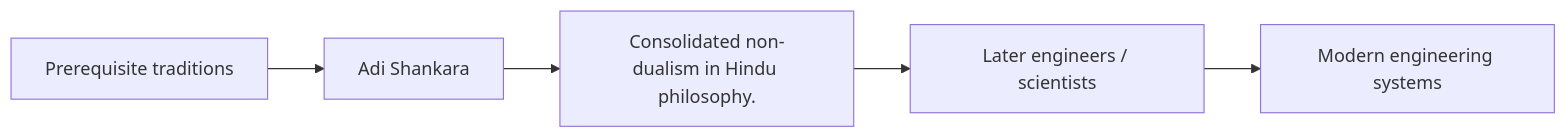
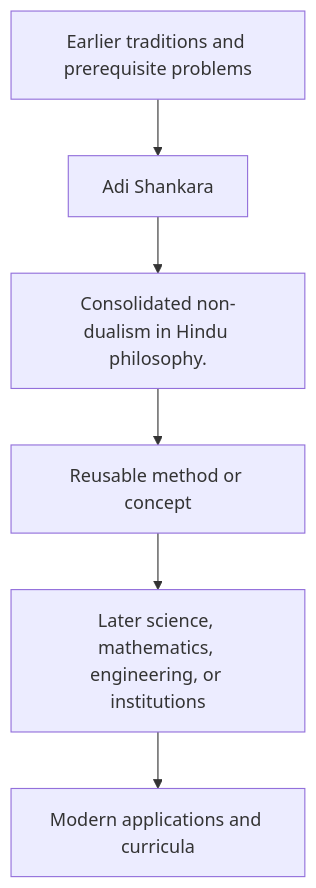
One commit to via-decide/ViaLogic changed the diagram in docs/history/adi-shankara/influence.md. Above: the diagram before and after it, drawn with Mermaid. The commit also changed other lines of this file and 858 other files, not shown here.

````diff
--- a/docs/history/adi-shankara/influence.md
+++ b/docs/history/adi-shankara/influence.md
@@ -29,7 +16,8 @@
 ```mermaid
-graph LR
-  prerequisites["Prerequisite traditions"] --> current["Adi Shankara"]
-  current --> contribution["Consolidated non-dualism in Hindu philosophy."]
-  contribution --> successors["Later engineers / scientists"]
-  successors --> modern["Modern engineering systems"]
+graph TD
+  Prior[Earlier traditions and prerequisite problems] --> Person[Adi Shankara]
+  Person --> Contribution[Consolidated non-dualism in Hindu philosophy.]
+  Contribution --> Method[Reusable method or concept]
+  Method --> Later[Later science, mathematics, engineering, or institutions]
+  Later --> Modern[Modern applications and curricula]
 ```
````
